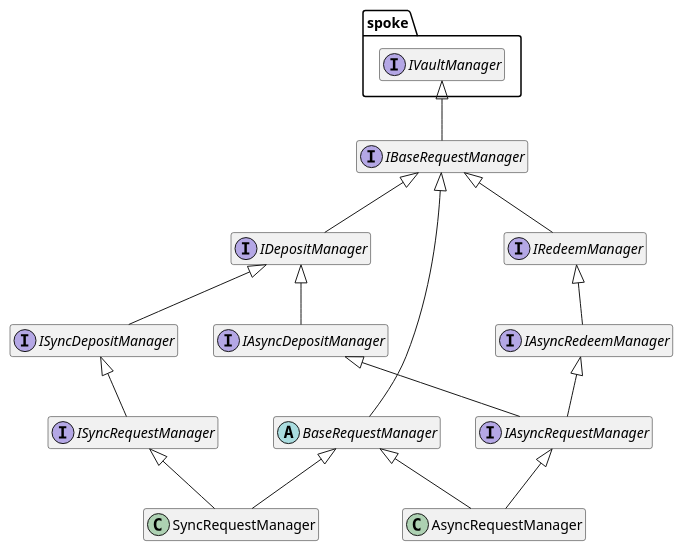
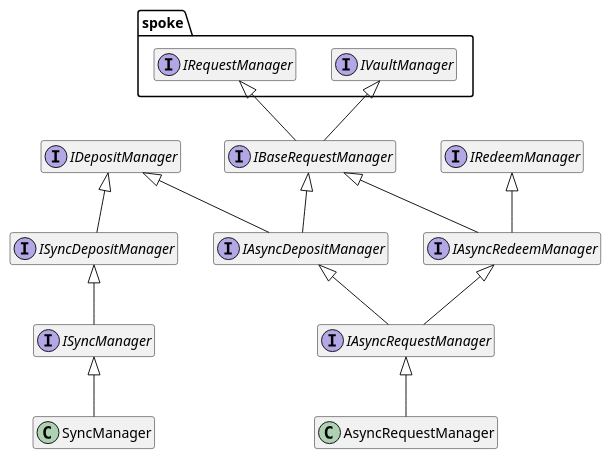
The diagram in docs/architecture/vaults/managers.puml (centrifuge/protocol), drawn with PlantUML before and after one commit. The commit also changed 27 other files, not shown here.

First line of the commit message:
Remove `BaseRequestManager`, simplify wards and dependencies (#453)

```diff
--- a/docs/architecture/vaults/managers.puml
+++ b/docs/architecture/vaults/managers.puml
@@ -1,44 +1,38 @@
 @startuml
 hide empty members
 
 package spoke {
     interface IVaultManager
+    interface IRequestManager
 }
 
 interface IBaseRequestManager
 
 interface IDepositManager
 interface IRedeemManager
 
 interface IAsyncDepositManager
 interface ISyncDepositManager
 interface IAsyncRedeemManager
 
 interface IAsyncRequestManager
-interface ISyncRequestManager
+interface ISyncManager
 
+IBaseRequestManager -up-|> IRequestManager
 IBaseRequestManager -up-|> IVaultManager
-IDepositManager -up-|> IBaseRequestManager
-IRedeemManager -up-|> IBaseRequestManager
 
+IAsyncDepositManager -up-|> IBaseRequestManager
 IAsyncDepositManager -up-|> IDepositManager
 ISyncDepositManager -up-|> IDepositManager
 IAsyncRedeemManager -up-|> IRedeemManager
+IAsyncRedeemManager -up-|> IBaseRequestManager
 
 IAsyncRequestManager -up-|> IAsyncDepositManager
 IAsyncRequestManager -up-|> IAsyncRedeemManager
 
-ISyncRequestManager -up-|> ISyncDepositManager
+ISyncManager -up-|> ISyncDepositManager
 
-abstract BaseRequestManager
-class AsyncRequestManager
-class SyncRequestManager
-
-AsyncRequestManager -up-|> BaseRequestManager
-SyncRequestManager -up-|> BaseRequestManager
-
-BaseRequestManager -up-|> IBaseRequestManager
 AsyncRequestManager -up-|> IAsyncRequestManager
-SyncRequestManager -up-|> ISyncRequestManager
+SyncManager -up-|> ISyncManager
 
 @enduml
```
